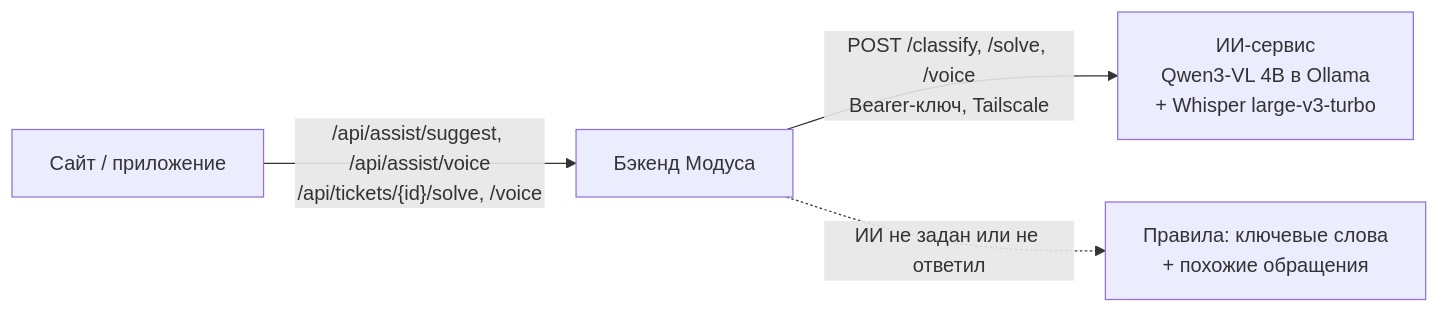
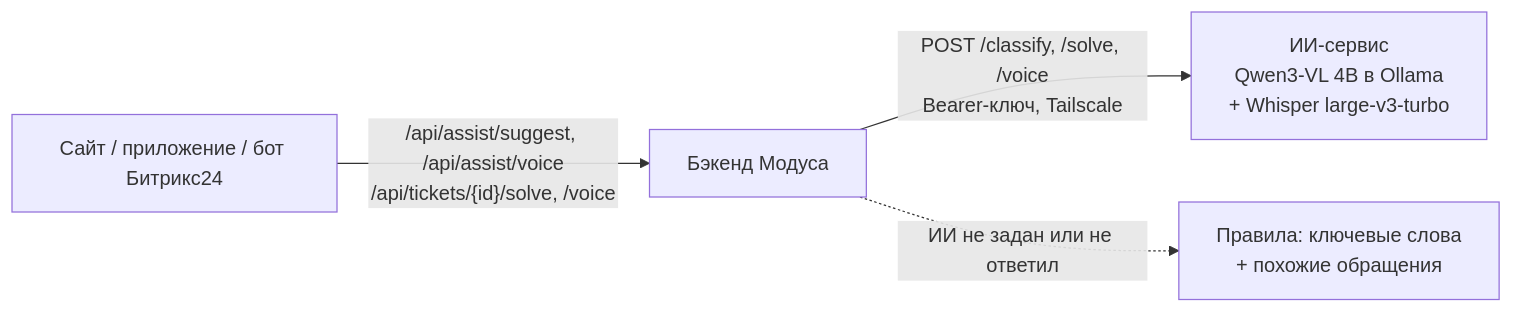
Before and after one commit to Modus-trade/modus: the diagram in docs/ai.md, drawn with Mermaid. The commit also changed other lines of this file and 7 other files, not shown here.

````diff
--- a/docs/ai.md
+++ b/docs/ai.md
@@ -21,6 +20,6 @@
 ```mermaid
 flowchart LR
-    F["Сайт / приложение"] -->|"/api/assist/suggest, /api/assist/voice<br/>/api/tickets/{id}/solve, /voice"| B["Бэкенд Модуса"]
+    F["Сайт / приложение / бот Битрикс24"] -->|"/api/assist/suggest, /api/assist/voice<br/>/api/tickets/{id}/solve, /voice"| B["Бэкенд Модуса"]
     B -->|"POST /classify, /solve, /voice<br/>Bearer-ключ, Tailscale"| M["ИИ-сервис<br/>Qwen3-VL 4B в Ollama<br/>+ Whisper large-v3-turbo"]
     B -.->|"ИИ не задан или не ответил"| R["Правила: ключевые слова<br/>+ похожие обращения"]
 ```
````
